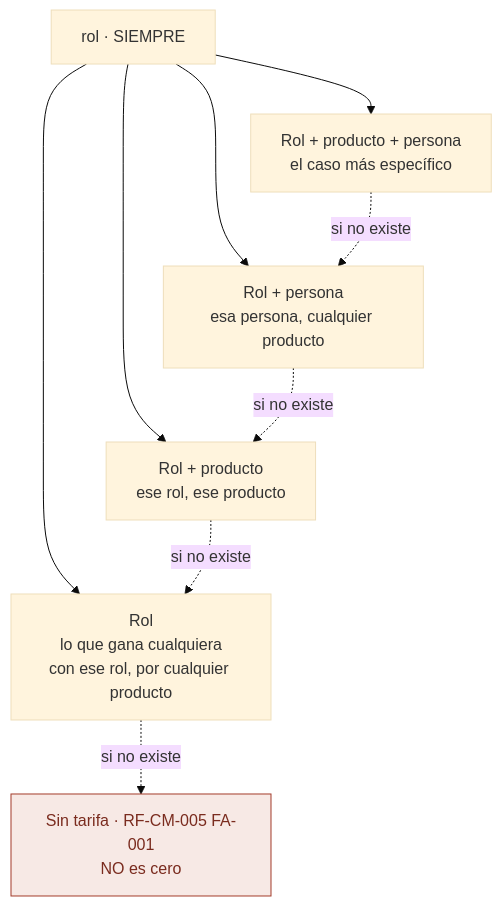
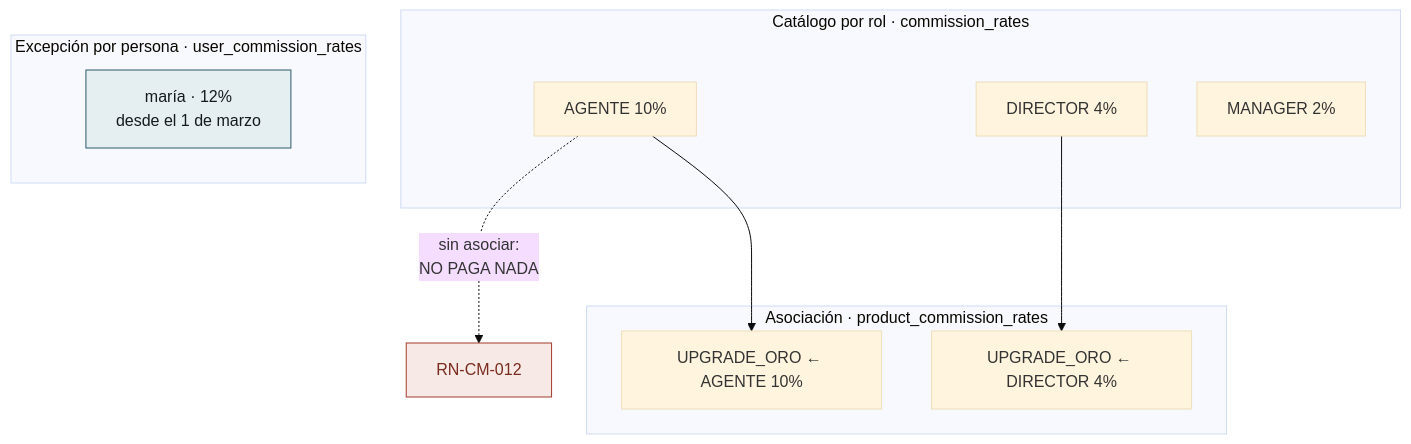
The first of 3 diagrams in docs/flujos/cm/flujos-del-modulo.md (NexusPro-Dev/backend), drawn with Mermaid (base theme) before and after one commit. The commit also changed other lines of this file and 5 other files, not shown here.

First line of the commit message:
docs(cm): las comisiones se rehacen — catalogo por rol, excepcion por persona y asociacion

````diff
--- a/docs/flujos/cm/flujos-del-modulo.md
+++ b/docs/flujos/cm/flujos-del-modulo.md
@@ -26,17 +22,26 @@
 ```mermaid
 flowchart TB
-    R["rol · SIEMPRE"]
+    subgraph CAT["Catálogo por rol · commission_rates"]
+        R1["AGENTE 10%"]
+        R2["DIRECTOR 4%"]
+        R3["MANAGER 2%"]
+    end
 
-    R --> G1["Rol<br/>lo que gana cualquiera<br/>con ese rol, por cualquier producto"]
-    R --> G2["Rol + producto<br/>ese rol, ese producto"]
-    R --> G3["Rol + persona<br/>esa persona, cualquier producto"]
-    R --> G4["Rol + producto + persona<br/>el caso más específico"]
+    subgraph ASO["Asociación · product_commission_rates"]
+        A1["UPGRADE_ORO ← AGENTE 10%"]
+        A2["UPGRADE_ORO ← DIRECTOR 4%"]
+    end
 
-    G4 -.->|"si no existe"| G3
-    G3 -.->|"si no existe"| G2
-    G2 -.->|"si no existe"| G1
-    G1 -.->|"si no existe"| N["Sin tarifa · RF-CM-005 FA-001<br/>NO es cero"]
+    subgraph PER["Excepción por persona · user_commission_rates"]
+        P1["maría · 12%<br/>desde el 1 de marzo"]
+    end
+
+    R1 --> A1
+    R2 --> A2
+    R1 -.->|"sin asociar:<br/>NO PAGA NADA"| N["RN-CM-012"]
 
     classDef nada fill:#F7E9E5,stroke:#A33B2A,color:#7A2B1E
+    classDef ok fill:#E5EEF0,stroke:#2D5A6B,color:#141B1E
     class N nada
+    class P1 ok
 ```
````
